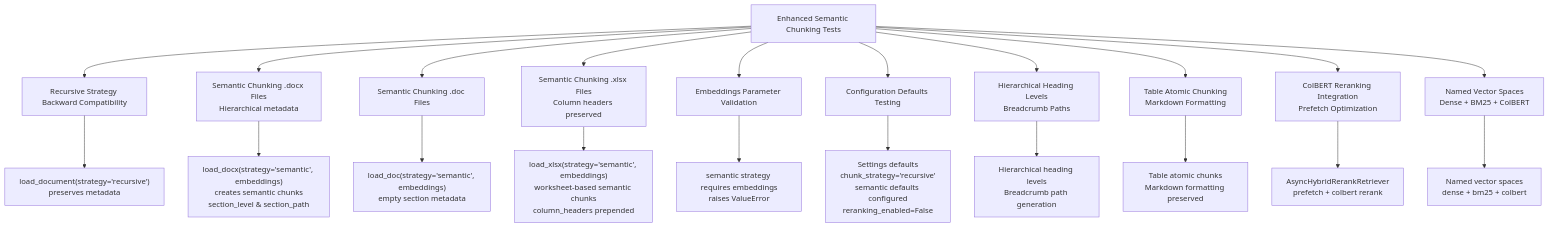
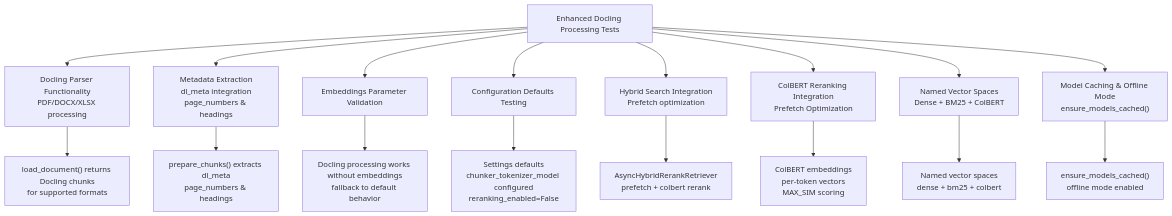
The tenth of 12 diagrams in .qoder/repowiki/en/content/RAG Integration/RAG Parser Enhancement.md (ognelis/cafetera_hr_bot), drawn with Mermaid before and after one commit. The commit also changed other lines of this file and 5 other files, not shown here.

````diff
--- a/.qoder/repowiki/en/content/RAG Integration/RAG Parser Enhancement.md
+++ b/.qoder/repowiki/en/content/RAG Integration/RAG Parser Enhancement.md
@@ -588,23 +435,19 @@
 ```mermaid
 flowchart TD
-TestSuite["Enhanced Semantic Chunking Tests"] --> RecursiveCompat["Recursive Strategy Backward Compatibility"]
-TestSuite --> SemanticDocx["Semantic Chunking .docx Files<br/>Hierarchical metadata"]
-TestSuite --> SemanticDoc["Semantic Chunking .doc Files"]
-TestSuite --> SemanticXlsx["Semantic Chunking .xlsx Files<br/>Column headers preserved"]
+TestSuite["Enhanced Docling Processing Tests"] --> DoclingParser["Docling Parser Functionality<br/>PDF/DOCX/XLSX processing"]
+TestSuite --> MetadataExtraction["Metadata Extraction<br/>dl_meta integration<br/>page_numbers & headings"]
 TestSuite --> EmbeddingsValidation["Embeddings Parameter Validation"]
 TestSuite --> ConfigDefaults["Configuration Defaults Testing"]
-TestSuite --> HeadingLevels["Hierarchical Heading Levels<br/>Breadcrumb Paths"]
-TestSuite --> TableChunks["Table Atomic Chunking<br/>Markdown Formatting"]
+TestSuite --> HybridSearch["Hybrid Search Integration<br/>Prefetch optimization"]
 TestSuite --> ColBERTRerank["ColBERT Reranking Integration<br/>Prefetch Optimization"]
 TestSuite --> NamedVectors["Named Vector Spaces<br/>Dense + BM25 + ColBERT"]
-RecursiveCompat --> Test1["load_document(strategy='recursive')<br/>preserves metadata"]
-SemanticDocx --> Test2["load_docx(strategy='semantic', embeddings)<br/>creates semantic chunks<br/>section_level & section_path"]
-SemanticDoc --> Test3["load_doc(strategy='semantic', embeddings)<br/>empty section metadata"]
-SemanticXlsx --> Test4["load_xlsx(strategy='semantic', embeddings)<br/>worksheet-based semantic chunks<br/>column_headers prepended"]
-EmbeddingsValidation --> Test5["semantic strategy requires embeddings<br/>raises ValueError"]
-ConfigDefaults --> Test6["Settings defaults<br/>chunk_strategy='recursive'<br/>semantic defaults configured<br/>reranking_enabled=False"]
-HeadingLevels --> Test7["Hierarchical heading levels<br/>Breadcrumb path generation"]
-TableChunks --> Test8["Table atomic chunks<br/>Markdown formatting preserved"]
-ColBERTRerank --> Test9["AsyncHybridRerankRetriever<br/>prefetch + colbert rerank"]
-NamedVectors --> Test10["Named vector spaces<br/>dense + bm25 + colbert"]
+TestSuite --> ModelCaching["Model Caching & Offline Mode<br/>ensure_models_cached()"]
+DoclingParser --> Test1["load_document() returns Docling chunks<br/>for supported formats"]
+MetadataExtraction --> Test2["prepare_chunks() extracts dl_meta<br/>page_numbers & headings"]
+EmbeddingsValidation --> Test3["Docling processing works without embeddings<br/>fallback to default behavior"]
+ConfigDefaults --> Test4["Settings defaults<br/>chunker_tokenizer_model configured<br/>reranking_enabled=False"]
+HybridSearch --> Test5["AsyncHybridRerankRetriever<br/>prefetch + colbert rerank"]
+ColBERTRerank --> Test6["ColBERT embeddings<br/>per-token vectors<br/>MAX_SIM scoring"]
+NamedVectors --> Test7["Named vector spaces<br/>dense + bm25 + colbert"]
+ModelCaching --> Test8["ensure_models_cached()<br/>offline mode enabled"]
 ```
````
